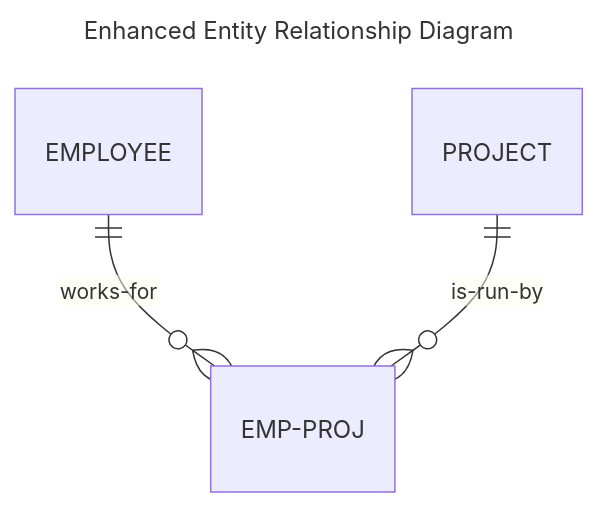
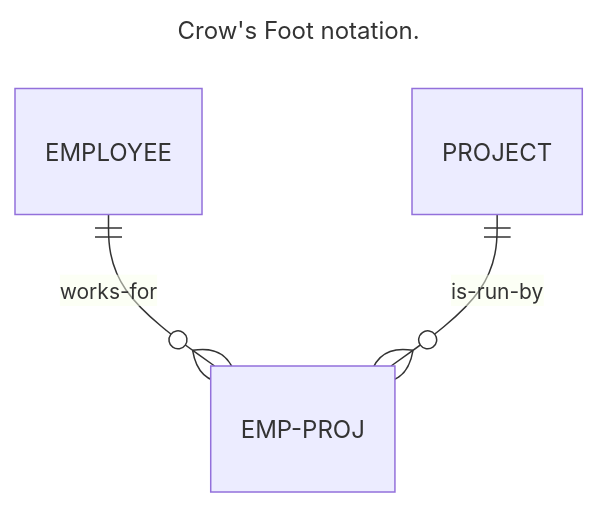
The diagram in book/02-concepts/01-relational.md (dimitri-yatsenko/datajoint-book), drawn with Mermaid before and after one commit. The commit also changed other lines of this file, not shown here.

Commit message:
fix ERD figure

````diff
--- a/book/02-concepts/01-relational.md
+++ b/book/02-concepts/01-relational.md
@@ -219,8 +219,8 @@
 ```{mermaid}
 ---
-title: Enhanced Entity Relationship Diagram
+title: Crow's Foot notation.
 ---
 erDiagram
     EMPLOYEE ||--o{ EMP-PROJ : works-for
     PROJECT ||--o{ EMP-PROJ  : is-run-by 
 ```
````
